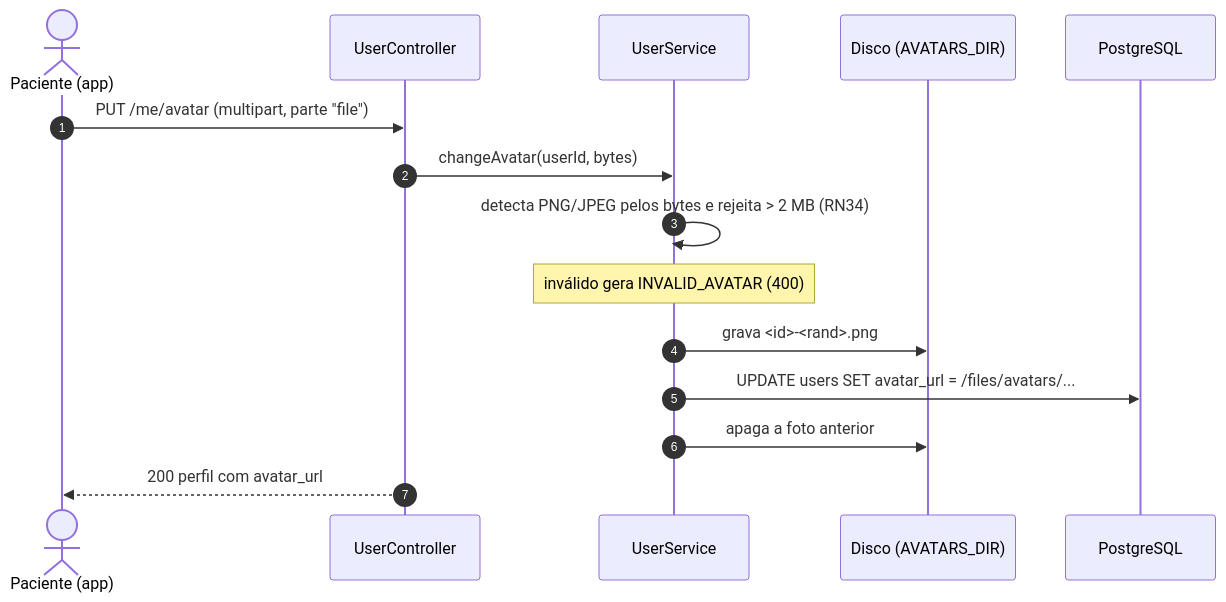
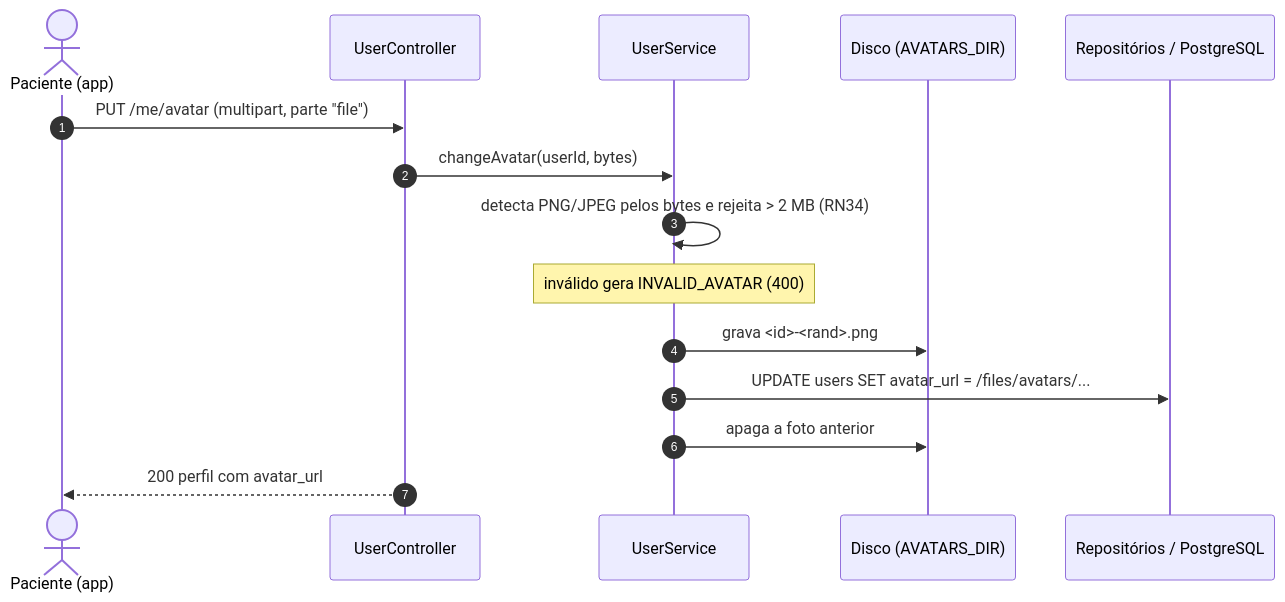
Before and after one commit to MarcioFerreiraL/clinics-backend: the seventh of 7 diagrams in docs/08-diagramas-de-sequencia.md, drawn with Mermaid. The commit also changed other lines of this file and 34 other files, not shown here.

````diff
--- a/docs/08-diagramas-de-sequencia.md
+++ b/docs/08-diagramas-de-sequencia.md
@@ -146,18 +146,18 @@
 ```mermaid
 sequenceDiagram
     autonumber
     actor P as Paciente (app)
     participant C as UserController
     participant S as UserService
     participant FS as Disco (AVATARS_DIR)
-    participant DB as PostgreSQL
+    participant DB as Repositórios / PostgreSQL
 
     P->>C: PUT /me/avatar (multipart, parte "file")
     C->>S: changeAvatar(userId, bytes)
     S->>S: detecta PNG/JPEG pelos bytes e rejeita > 2 MB (RN34)
     Note over S: inválido gera INVALID_AVATAR (400)
     S->>FS: grava <id>-<rand>.png
     S->>DB: UPDATE users SET avatar_url = /files/avatars/...
     S->>FS: apaga a foto anterior
     C-->>P: 200 perfil com avatar_url
 ```
````
